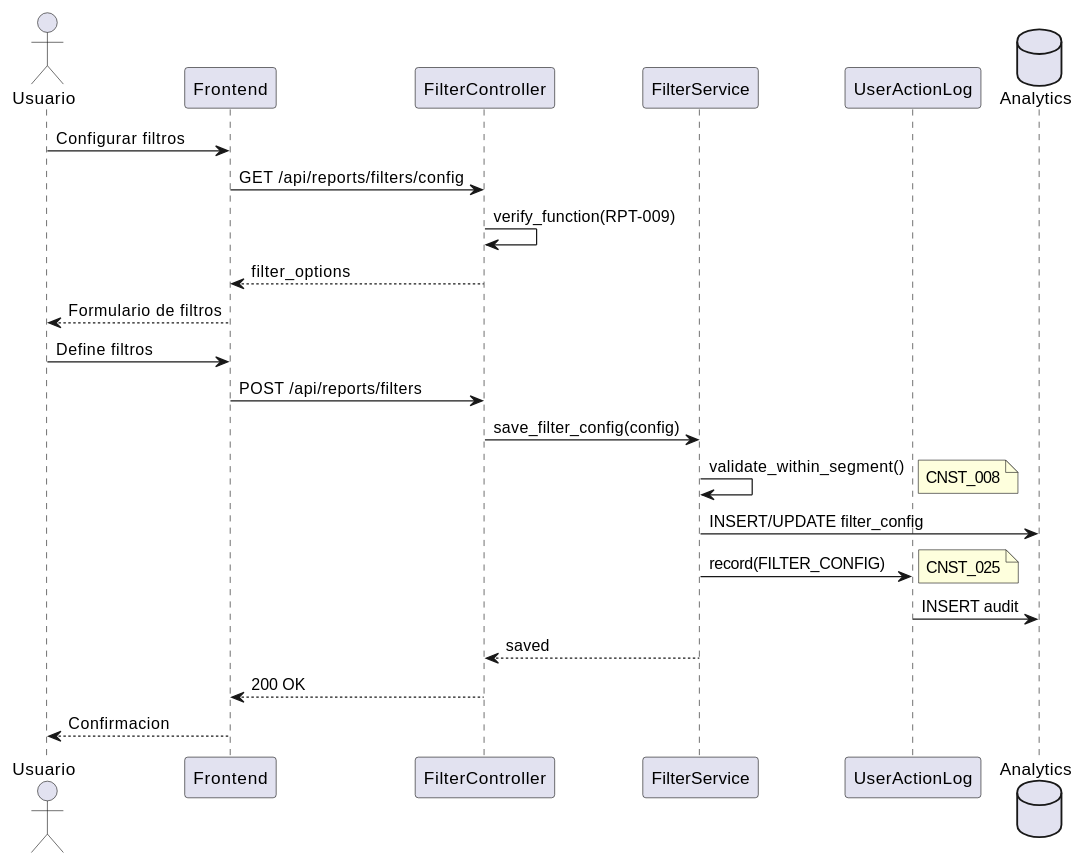
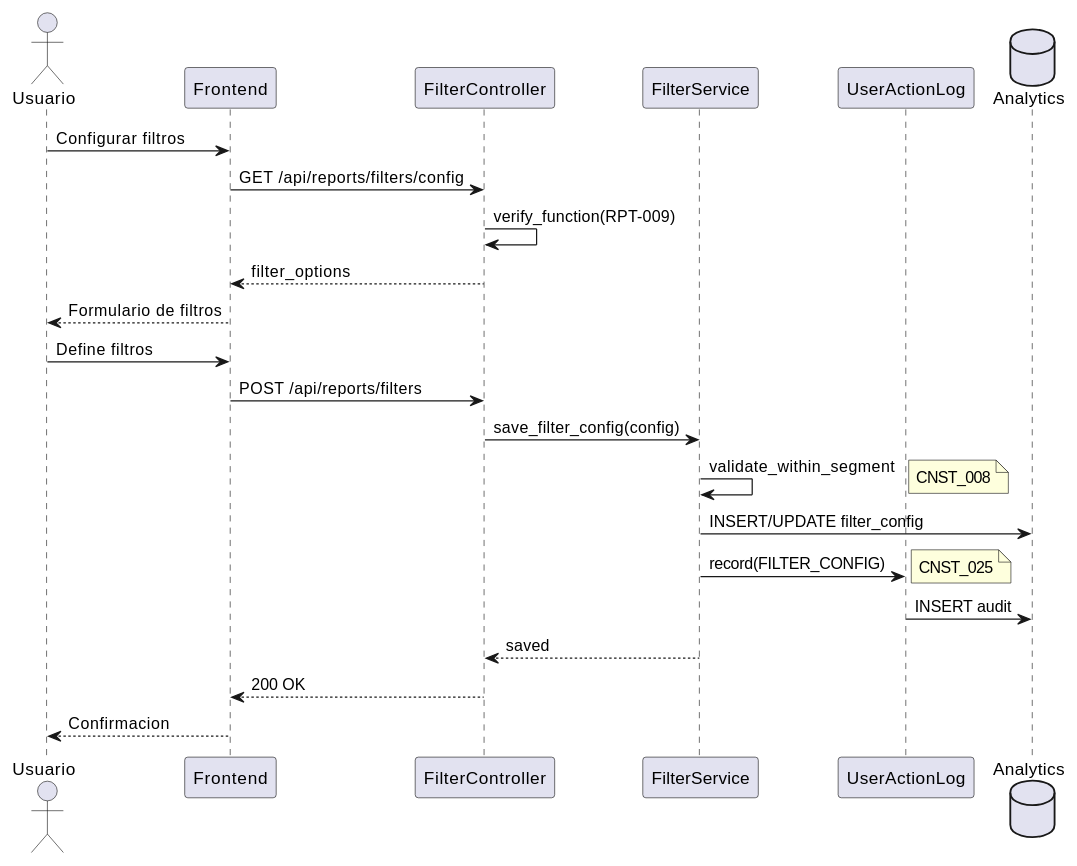
Before and after one commit to jcg-admin/IACT-docs: the second of 3 diagrams in source/requisitos/casos_uso/reports/UC_RPT_09_Configurar_Filtros.rst, drawn with PlantUML. The commit also changed other lines of this file and 376 other files, not shown here.

```diff
--- a/source/requisitos/casos_uso/reports/UC_RPT_09_Configurar_Filtros.rst
+++ b/source/requisitos/casos_uso/reports/UC_RPT_09_Configurar_Filtros.rst
@@ -148,30 +148,30 @@
 .. uml::
-   :caption: Diagrama de Secuencia - UC_RPT_09
+ :caption: Diagrama de Secuencia - UC_RPT_09
 
-   @startuml
-   actor "Usuario" as U
-   participant "Frontend" as FE
-   participant "FilterController" as FC
-   participant "FilterService" as FS
-   participant "UserActionLog" as UAL
-   database "Analytics" as DB
+ @startuml
+ actor "Usuario" as U
+ participant "Frontend" as FE
+ participant "FilterController" as FC
+ participant "FilterService" as FS
+ participant "UserActionLog" as UAL
+ database "Analytics" as DB
 
-   U -> FE: Configurar filtros
-   FE -> FC: GET /api/reports/filters/config
-   FC -> FC: verify_function(RPT-009)
-   FC --> FE: filter_options
-   FE --> U: Formulario de filtros
+ U -> FE: Configurar filtros
+ FE -> FC: GET /api/reports/filters/config
+ FC -> FC: verify_function(RPT-009)
+ FC --> FE: filter_options
+ FE --> U: Formulario de filtros
 
-   U -> FE: Define filtros
-   FE -> FC: POST /api/reports/filters
-   FC -> FS: save_filter_config(config)
-   FS -> FS: validate_within_segment()
-   note right: CNST_008
-   FS -> DB: INSERT/UPDATE filter_config
-   FS -> UAL: record(FILTER_CONFIG)
-   note right: CNST_025
-   UAL -> DB: INSERT audit
-   FS --> FC: saved
-   FC --> FE: 200 OK
-   FE --> U: Confirmacion
-   @enduml
+ U -> FE: Define filtros
+ FE -> FC: POST /api/reports/filters
+ FC -> FS: save_filter_config(config)
+ FS -> FS: validate_within_segment
+ note right: CNST_008
+ FS -> DB: INSERT/UPDATE filter_config
+ FS -> UAL: record(FILTER_CONFIG)
+ note right: CNST_025
+ UAL -> DB: INSERT audit
+ FS --> FC: saved
+ FC --> FE: 200 OK
+ FE --> U: Confirmacion
+ @enduml
```
